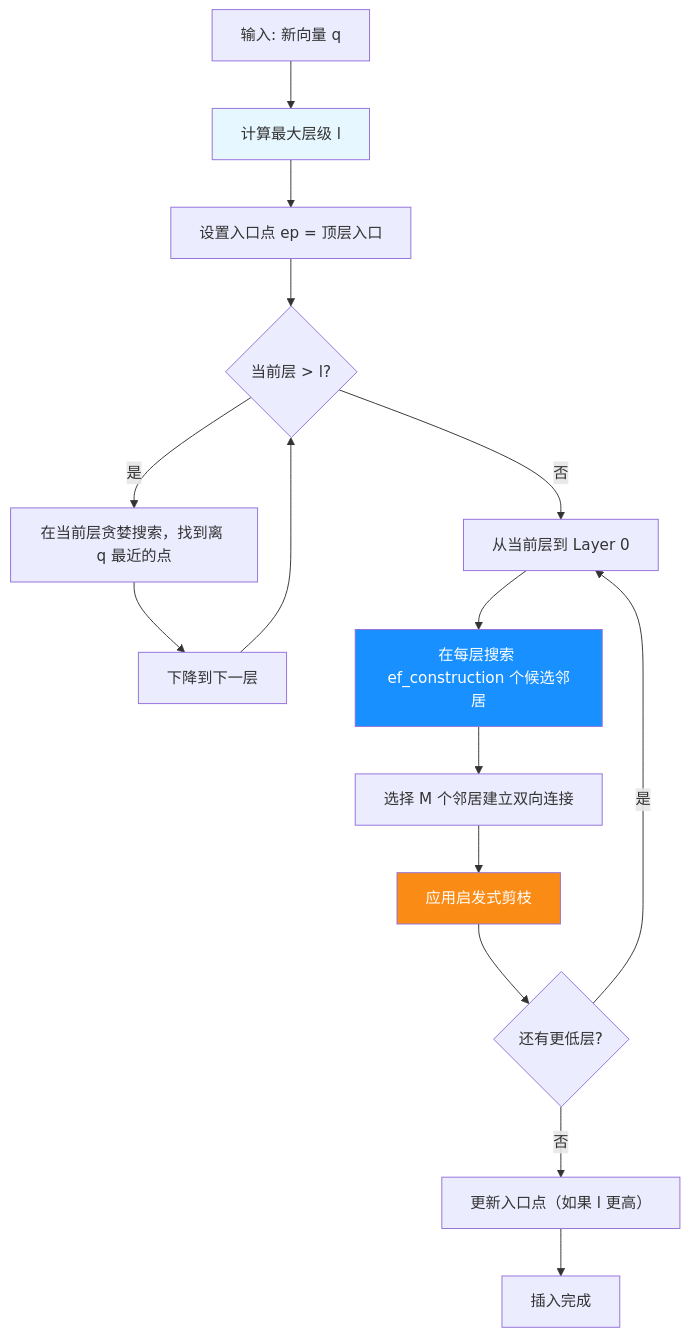
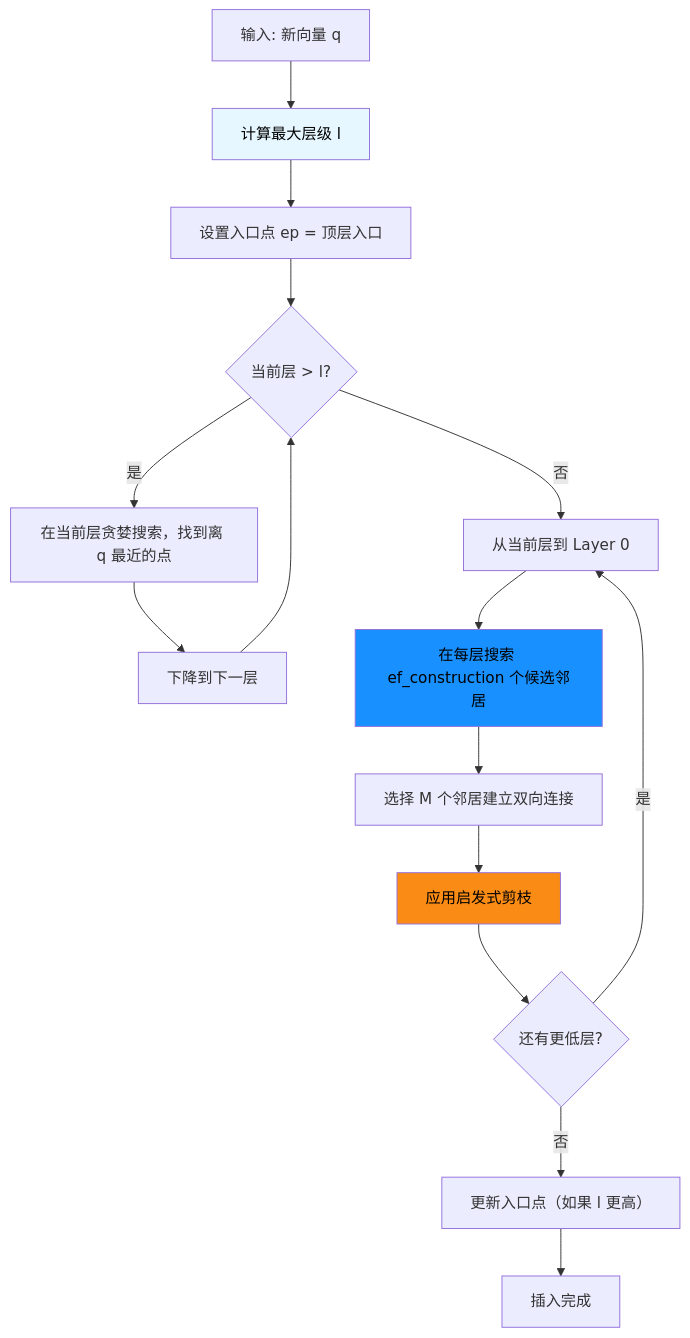
Diagram 17 of 40 in docs/research/003-vector-search-algorithm.md (ThreeFish-AI/agentic-ai-cognizes), drawn with Mermaid before and after one commit. The commit also changed other lines of this file, not shown here.

First line of the commit message:
docs(Research): 优化 LSH 章节说明与图表样式;

````diff
--- a/docs/research/003-vector-search-algorithm.md
+++ b/docs/research/003-vector-search-algorithm.md
@@ -697,23 +711,23 @@
 ```mermaid
 flowchart TD
     A[输入: 新向量 q] --> B[计算最大层级 l]
     B --> C[设置入口点 ep = 顶层入口]
 
     C --> D{当前层 > l?}
     D --> |是| E[在当前层贪婪搜索，找到离 q 最近的点]
     E --> F[下降到下一层]
     F --> D
 
     D --> |否| G[从当前层到 Layer 0]
     G --> H[在每层搜索 ef_construction 个候选邻居]
     H --> I[选择 M 个邻居建立双向连接]
     I --> J[应用启发式剪枝]
     J --> K{还有更低层?}
     K --> |是| G
     K --> |否| L[更新入口点（如果 l 更高）]
     L --> M[插入完成]
 
-    style B fill:#e6f7ff
-    style H fill:#1890ff,color:#fff
-    style J fill:#fa8c16,color:#fff
+    style B fill:#e6f7ff,color:#000000
+    style H fill:#1890ff,color:#000000
+    style J fill:#fa8c16,color:#000000
 ```
````
